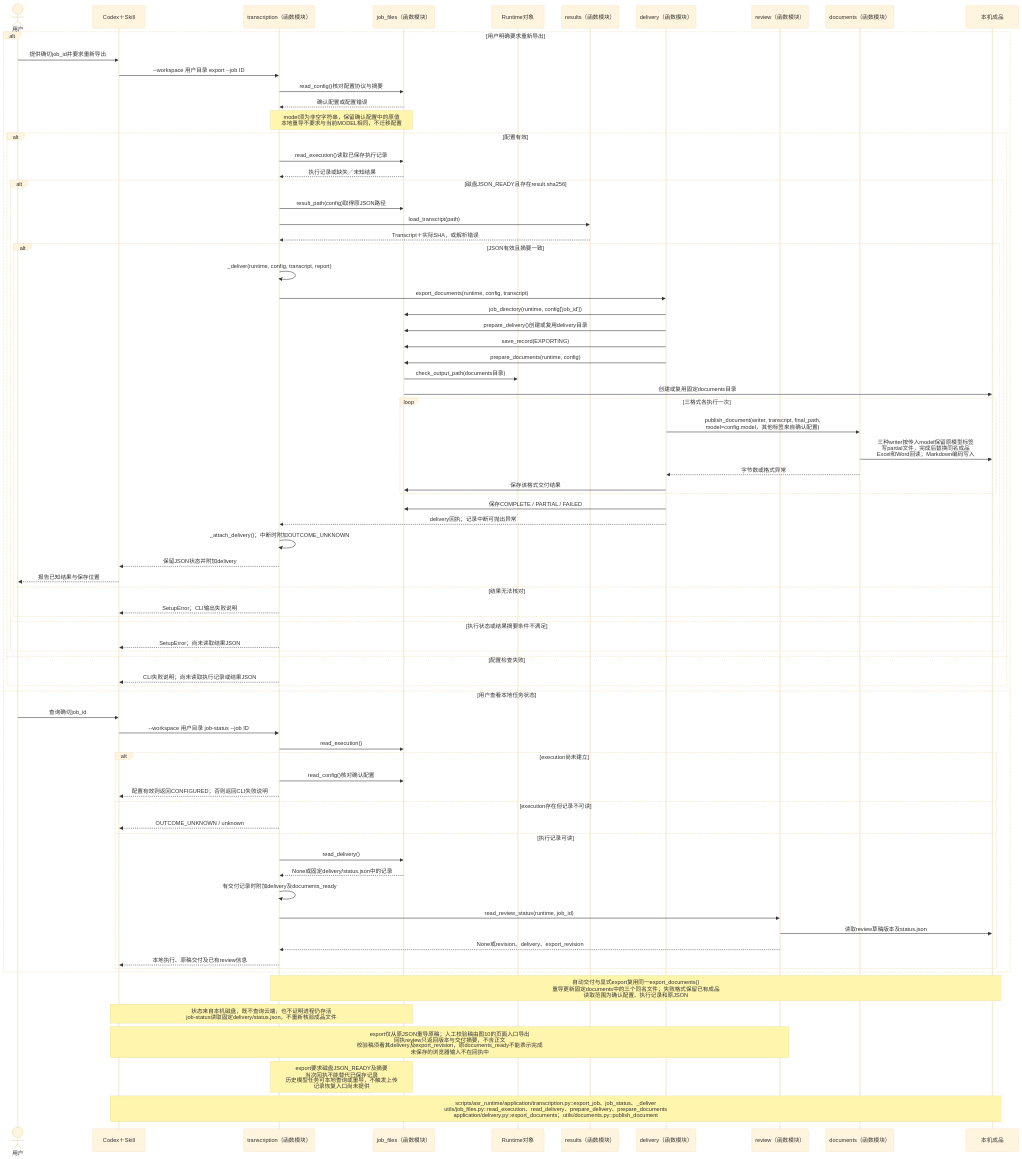
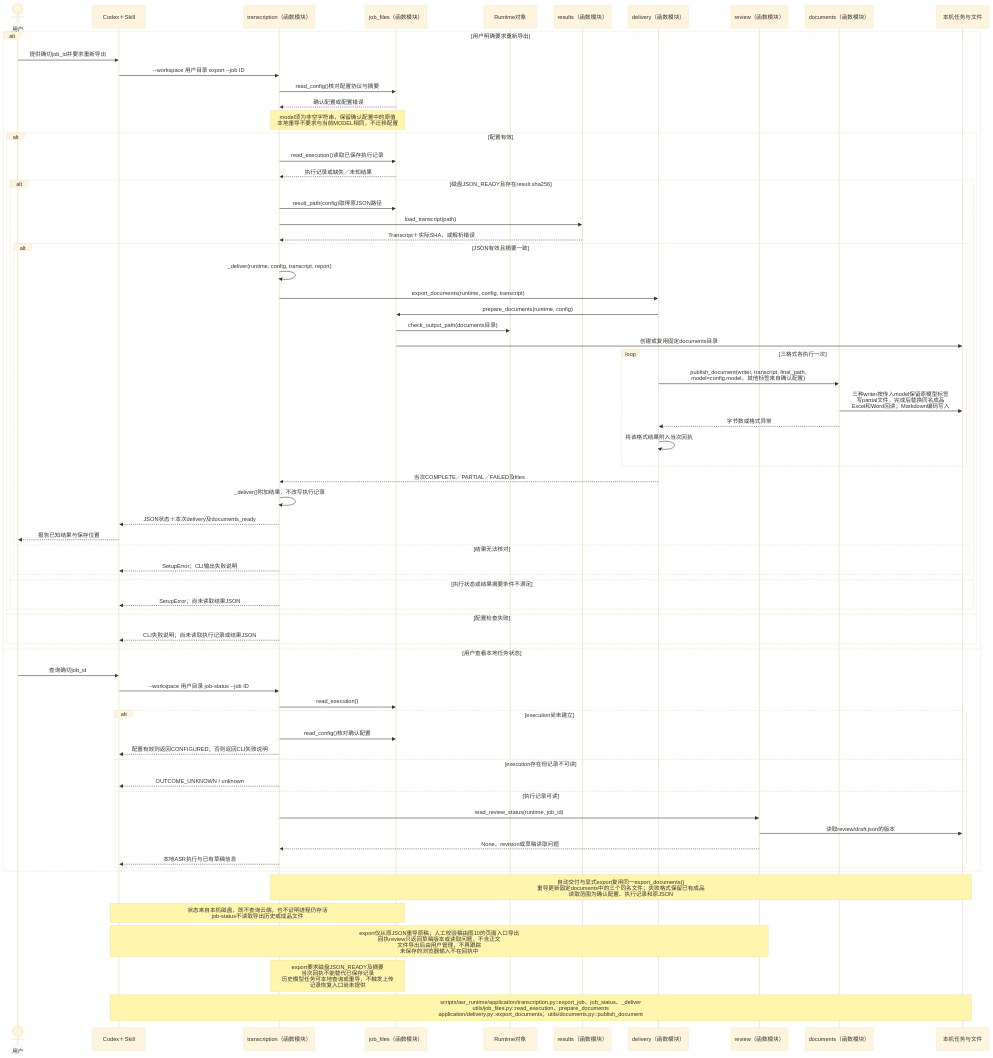
One commit to hx101700/memoflow changed the diagram in doc/uml/06-export.mmd. Above: the diagram before and after it, drawn with Mermaid (base theme). The commit also changed 45 other files, not shown here.

```diff
--- a/doc/uml/06-export.mmd
+++ b/doc/uml/06-export.mmd
@@ -1,77 +1,70 @@
 sequenceDiagram
 actor U as 用户
 participant C as Codex＋Skill
 participant T as transcription（函数模块）
 participant J as job_files（函数模块）
 participant E as Runtime对象
 participant R as results（函数模块）
 participant D as delivery（函数模块）
 participant V as review（函数模块）
 participant W as documents（函数模块）
-participant F as 本机成品
+participant F as 本机任务与文件
 alt 用户明确要求重新导出
     U->>C: 提供确切job_id并要求重新导出
     C->>T: --workspace 用户目录 export --job ID
     T->>J: read_config()核对配置协议与摘要
     J-->>T: 确认配置或配置错误
     Note over T,J: model须为非空字符串，保留确认配置中的原值<br/>本地重导不要求与当前MODEL相同，不迁移配置
     alt 配置有效
         T->>J: read_execution()读取已保存执行记录
         J-->>T: 执行记录或缺失／未知结果
         alt 磁盘JSON_READY且存在result.sha256
             T->>J: result_path(config)取得原JSON路径
             T->>R: load_transcript(path)
             R-->>T: Transcript＋实际SHA，或解析错误
             alt JSON有效且摘要一致
                 T->>T: _deliver(runtime, config, transcript, report)
                 T->>D: export_documents(runtime, config, transcript)
-                D->>J: job_directory(runtime, config['job_id'])
-                D->>J: prepare_delivery()创建或复用delivery目录
-                D->>J: save_record(EXPORTING)
                 D->>J: prepare_documents(runtime, config)
                 J->>E: check_output_path(documents目录)
                 J->>F: 创建或复用固定documents目录
                 loop 三格式各执行一次
                     D->>W: publish_document(writer, transcript, final_path,<br/>model=config.model，其他标签来自确认配置)
                     W->>F: 三种writer按传入model保留原模型标签<br/>写partial文件，完成后替换同名成品<br/>Excel和Word回读；Markdown编码写入
                     W-->>D: 字节数或格式异常
-                    D->>J: 保存该格式交付结果
+                    D->>D: 将该格式结果附入当次回执
                 end
-                D->>J: 保存COMPLETE / PARTIAL / FAILED
-                D-->>T: delivery回执；记录中断可抛出异常
-                T->>T: _attach_delivery()；中断时附加OUTCOME_UNKNOWN
-                T-->>C: 保留JSON状态并附加delivery
+                D-->>T: 当次COMPLETE／PARTIAL／FAILED及files
+                T->>T: _deliver()附加结果，不改写执行记录
+                T-->>C: JSON状态＋本次delivery及documents_ready
                 C-->>U: 报告已知结果与保存位置
             else 结果无法核对
                 T-->>C: SetupError；CLI输出失败说明
             end
         else 执行状态或结果摘要条件不满足
             T-->>C: SetupError；尚未读取结果JSON
         end
     else 配置检查失败
         T-->>C: CLI失败说明；尚未读取执行记录或结果JSON
     end
 else 用户查看本地任务状态
     U->>C: 查询确切job_id
     C->>T: --workspace 用户目录 job-status --job ID
     T->>J: read_execution()
     alt execution尚未建立
         T->>J: read_config()核对确认配置
         T-->>C: 配置有效则返回CONFIGURED；否则返回CLI失败说明
     else execution存在但记录不可读
         T-->>C: OUTCOME_UNKNOWN / unknown
     else 执行记录可读
-        T->>J: read_delivery()
-        J-->>T: None或固定delivery/status.json中的记录
-        T->>T: 有交付记录时附加delivery及documents_ready
         T->>V: read_review_status(runtime, job_id)
-        V->>F: 读取review草稿版本及status.json
-        V-->>T: None或revision、delivery、export_revision
-        T-->>C: 本地执行、原稿交付及已有review信息
+        V->>F: 读取review/draft.json的版本
+        V-->>T: None、revision或草稿读取问题
+        T-->>C: 本地ASR执行与已有草稿信息
     end
 end
 Note over T,F: 自动交付与显式export复用同一export_documents()<br/>重导更新固定documents中的三个同名文件；失败格式保留已有成品<br/>读取范围为确认配置、执行记录和原JSON
-Note over C,J: 状态来自本机磁盘，既不查询云端，也不证明进程仍存活<br/>job-status读取固定delivery/status.json，不重新核验成品文件
-Note over C,V: export仅从原JSON重导原稿；人工校验稿由图10的页面入口导出<br/>回执review只返回版本与交付摘要，不含正文<br/>校验稿须看其delivery及export_revision，原documents_ready不能表示完成<br/>未保存的浏览器输入不在回执中
+Note over C,J: 状态来自本机磁盘，既不查询云端，也不证明进程仍存活<br/>job-status不读取导出历史或成品文件
+Note over C,V: export仅从原JSON重导原稿；人工校验稿由图10的页面入口导出<br/>回执review只返回草稿版本或读取问题，不含正文<br/>文件导出后由用户管理，不再跟踪<br/>未保存的浏览器输入不在回执中
 Note over T,J: export要求磁盘JSON_READY及摘要<br/>当次回执不能替代已保存记录<br/>历史模型任务可本地查询或重导，不触发上传<br/>记录恢复入口尚未提供
-Note over C,F: scripts/asr_runtime/application/transcription.py::export_job、job_status、_deliver<br/>utils/job_files.py::read_execution、read_delivery、prepare_delivery、prepare_documents<br/>application/delivery.py::export_documents；utils/documents.py::publish_document
+Note over C,F: scripts/asr_runtime/application/transcription.py::export_job、job_status、_deliver<br/>utils/job_files.py::read_execution、prepare_documents<br/>application/delivery.py::export_documents；utils/documents.py::publish_document
```
